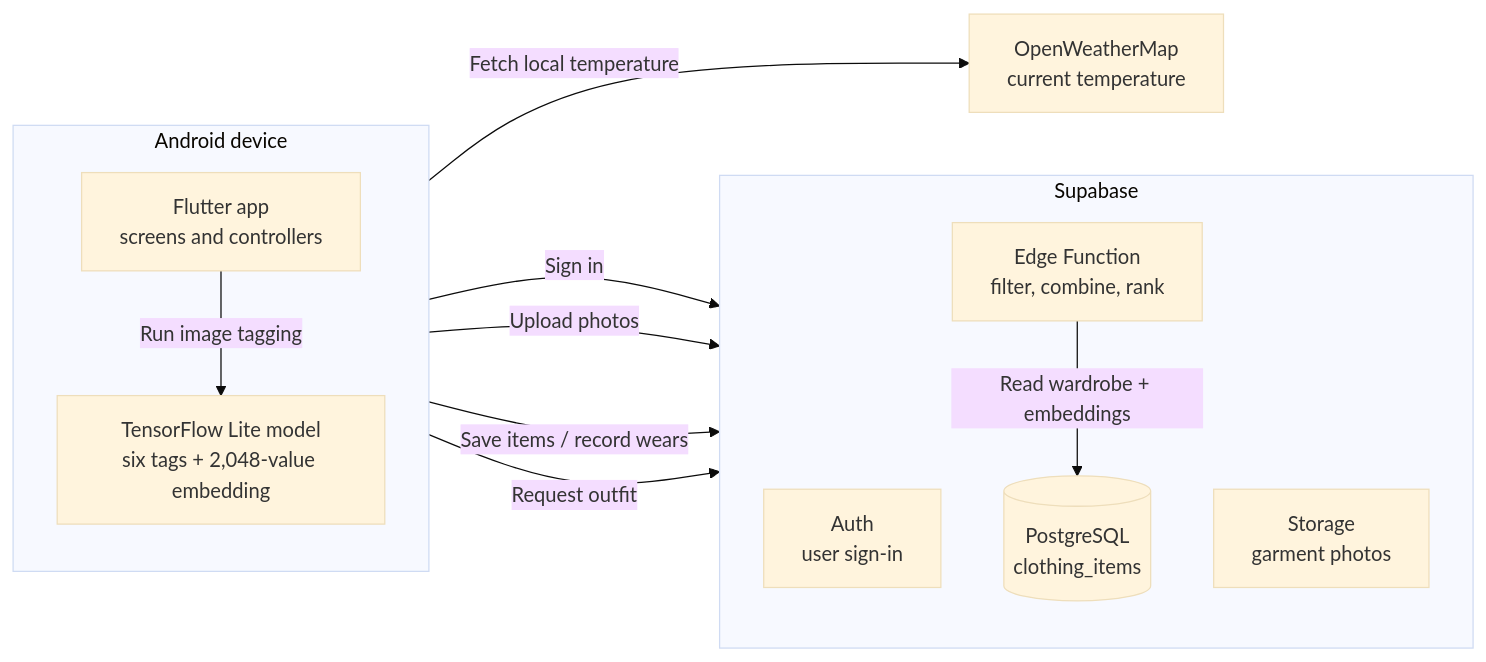
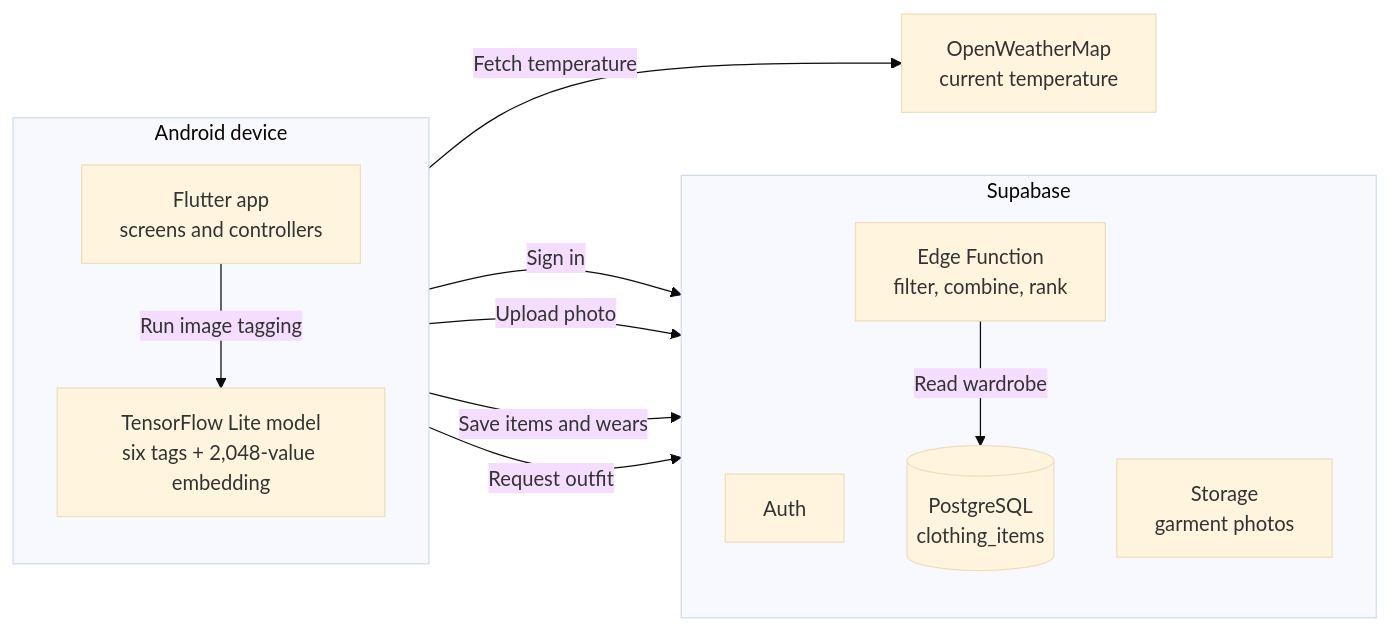
The first of 4 diagrams in README.md (heyitssyakirrr/stylemate), drawn with Mermaid (base theme) before and after one commit. The commit also changed other lines of this file, not shown here.

````diff
--- a/README.md
+++ b/README.md
@@ -25,26 +25,26 @@
 ```mermaid
 flowchart LR
-    subgraph Device["Android device"]
+    subgraph Phone["Android device"]
         direction TB
         App["Flutter app<br/>screens and controllers"]
         Model["TensorFlow Lite model<br/>six tags + 2,048-value embedding"]
         App -->|"Run image tagging"| Model
     end
 
     subgraph Backend["Supabase"]
         direction TB
-        Auth["Auth<br/>user sign-in"]
+        Auth["Auth"]
         Photos["Storage<br/>garment photos"]
         Items[("PostgreSQL<br/>clothing_items")]
         Ranker["Edge Function<br/>filter, combine, rank"]
-        Ranker -->|"Read wardrobe + embeddings"| Items
+        Ranker -->|"Read wardrobe"| Items
     end
 
     Weather["OpenWeatherMap<br/>current temperature"]
 
     App -->|"Sign in"| Auth
-    App -->|"Upload photos"| Photos
-    App -->|"Save items / record wears"| Items
+    App -->|"Upload photo"| Photos
+    App -->|"Save items and wears"| Items
     App -->|"Request outfit"| Ranker
-    App -->|"Fetch local temperature"| Weather
+    App -->|"Fetch temperature"| Weather
 ```
````
